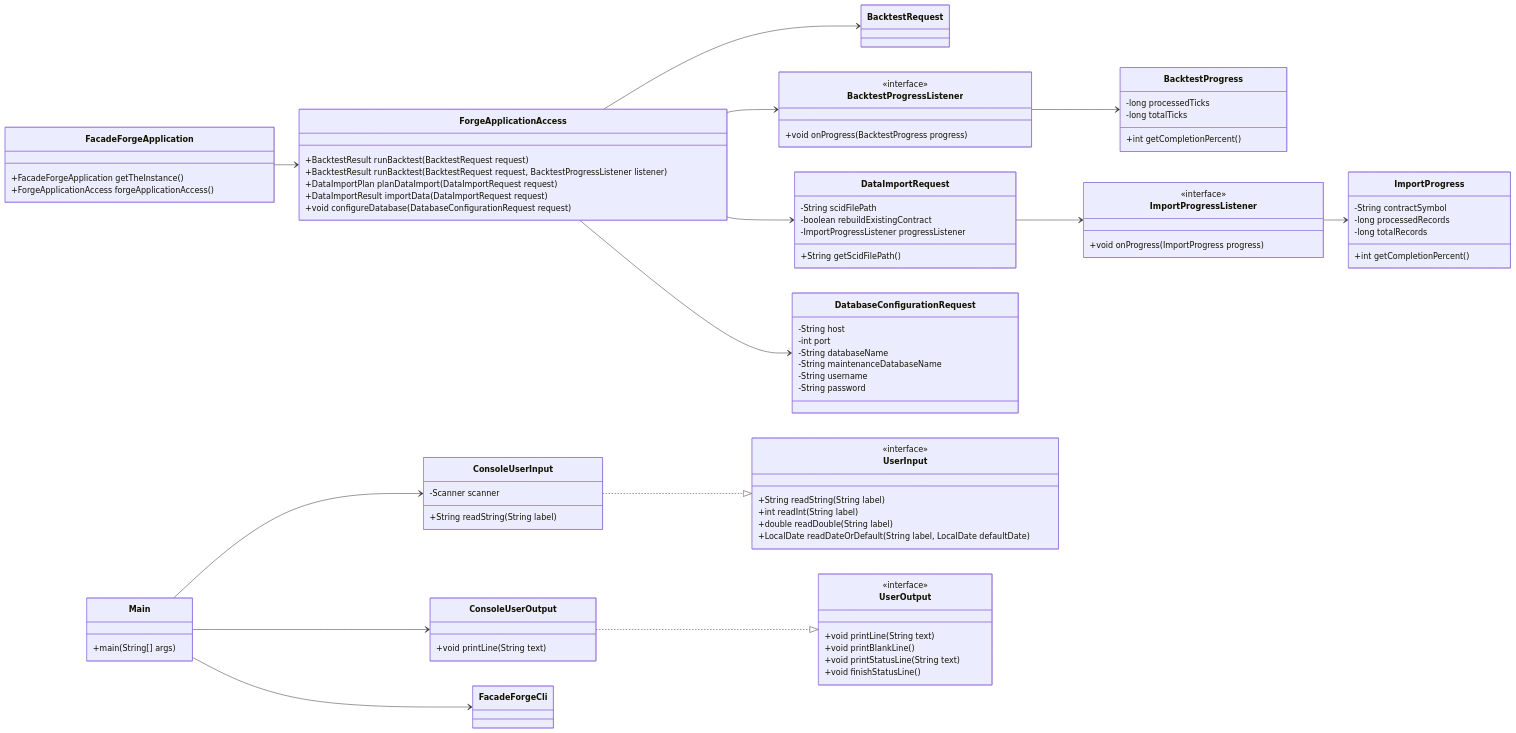
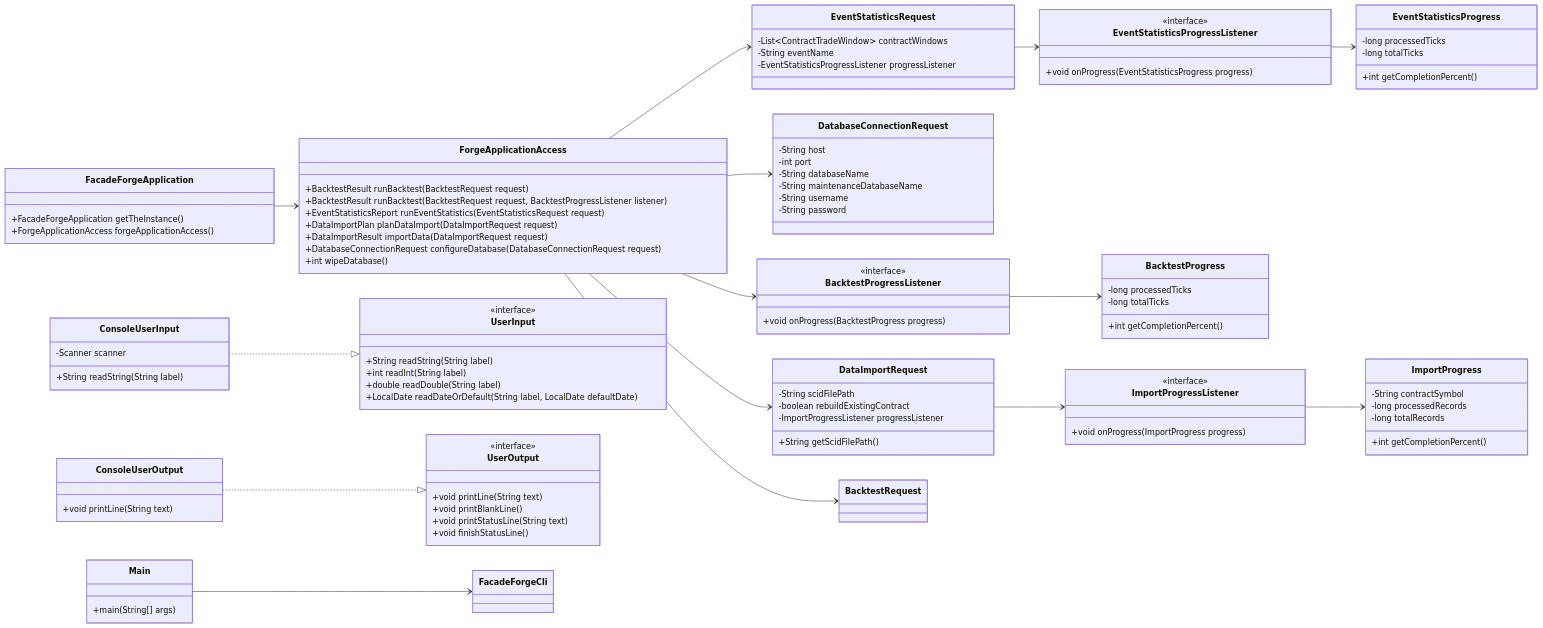
Before and after one commit to probst-paul/FORGE: the fourth of 25 diagrams in class-model.md, drawn with Mermaid. The commit also changed other lines of this file and 11 other files, not shown here.

````diff
--- a/class-model.md
+++ b/class-model.md
@@ -173,9 +200,11 @@
     class ForgeApplicationAccess {
         +BacktestResult runBacktest(BacktestRequest request)
         +BacktestResult runBacktest(BacktestRequest request, BacktestProgressListener listener)
+        +EventStatisticsReport runEventStatistics(EventStatisticsRequest request)
         +DataImportPlan planDataImport(DataImportRequest request)
         +DataImportResult importData(DataImportRequest request)
-        +void configureDatabase(DatabaseConfigurationRequest request)
+        +DatabaseConnectionRequest configureDatabase(DatabaseConnectionRequest request)
+        +int wipeDatabase()
     }
 
     class DataImportRequest {
@@ -185,7 +214,7 @@
         +String getScidFilePath()
     }
 
-    class DatabaseConfigurationRequest {
+    class DatabaseConnectionRequest {
         -String host
         -int port
         -String databaseName
@@ -217,6 +246,23 @@
         +void onProgress(BacktestProgress progress)
     }
 
+    class EventStatisticsRequest {
+        -List~ContractTradeWindow~ contractWindows
+        -String eventName
+        -EventStatisticsProgressListener progressListener
+    }
+
+    class EventStatisticsProgress {
+        -long processedTicks
+        -long totalTicks
+        +int getCompletionPercent()
+    }
+
+    class EventStatisticsProgressListener {
+        <<interface>>
+        +void onProgress(EventStatisticsProgress progress)
+    }
+
     class UserInput {
         <<interface>>
         +String readString(String label)
@@ -242,17 +288,18 @@
         +void printLine(String text)
     }
 
-    Main --> ConsoleUserInput
-    Main --> ConsoleUserOutput
     Main --> FacadeForgeCli
     ConsoleUserInput ..|> UserInput
     ConsoleUserOutput ..|> UserOutput
     FacadeForgeApplication --> ForgeApplicationAccess
     ForgeApplicationAccess --> BacktestRequest
     ForgeApplicationAccess --> BacktestProgressListener
+    ForgeApplicationAccess --> EventStatisticsRequest
     ForgeApplicationAccess --> DataImportRequest
-    ForgeApplicationAccess --> DatabaseConfigurationRequest
+    ForgeApplicationAccess --> DatabaseConnectionRequest
     DataImportRequest --> ImportProgressListener
     ImportProgressListener --> ImportProgress
     BacktestProgressListener --> BacktestProgress
+    EventStatisticsRequest --> EventStatisticsProgressListener
+    EventStatisticsProgressListener --> EventStatisticsProgress
 ```
````
